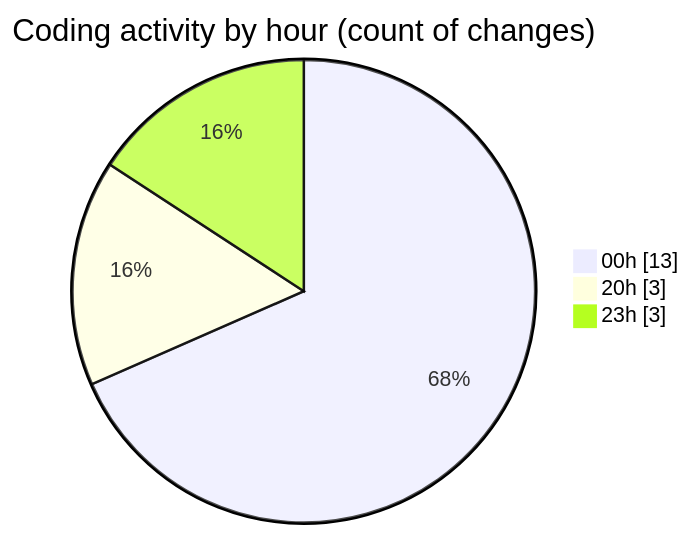
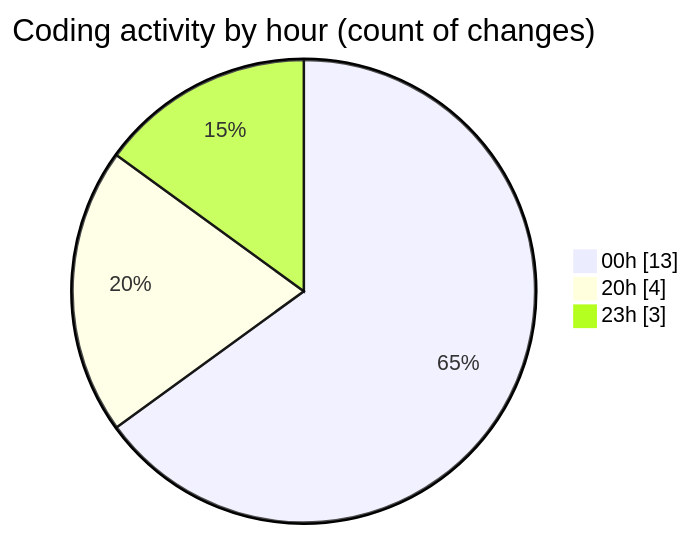
Before and after one commit to Netris89/code-tracking: the second of 2 diagrams in 2025-04-22/echo/README.md, drawn with Mermaid. The commit also changed other lines of this file and 1 other file, not shown here.

````diff
--- a/2025-04-22/echo/README.md
+++ b/2025-04-22/echo/README.md
@@ -31,7 +31,7 @@
 ```mermaid
 pie showData
 title Coding activity by hour (count of changes)
 "00h" : 13
-"20h" : 3
+"20h" : 4
 "23h" : 3
 ```
````
